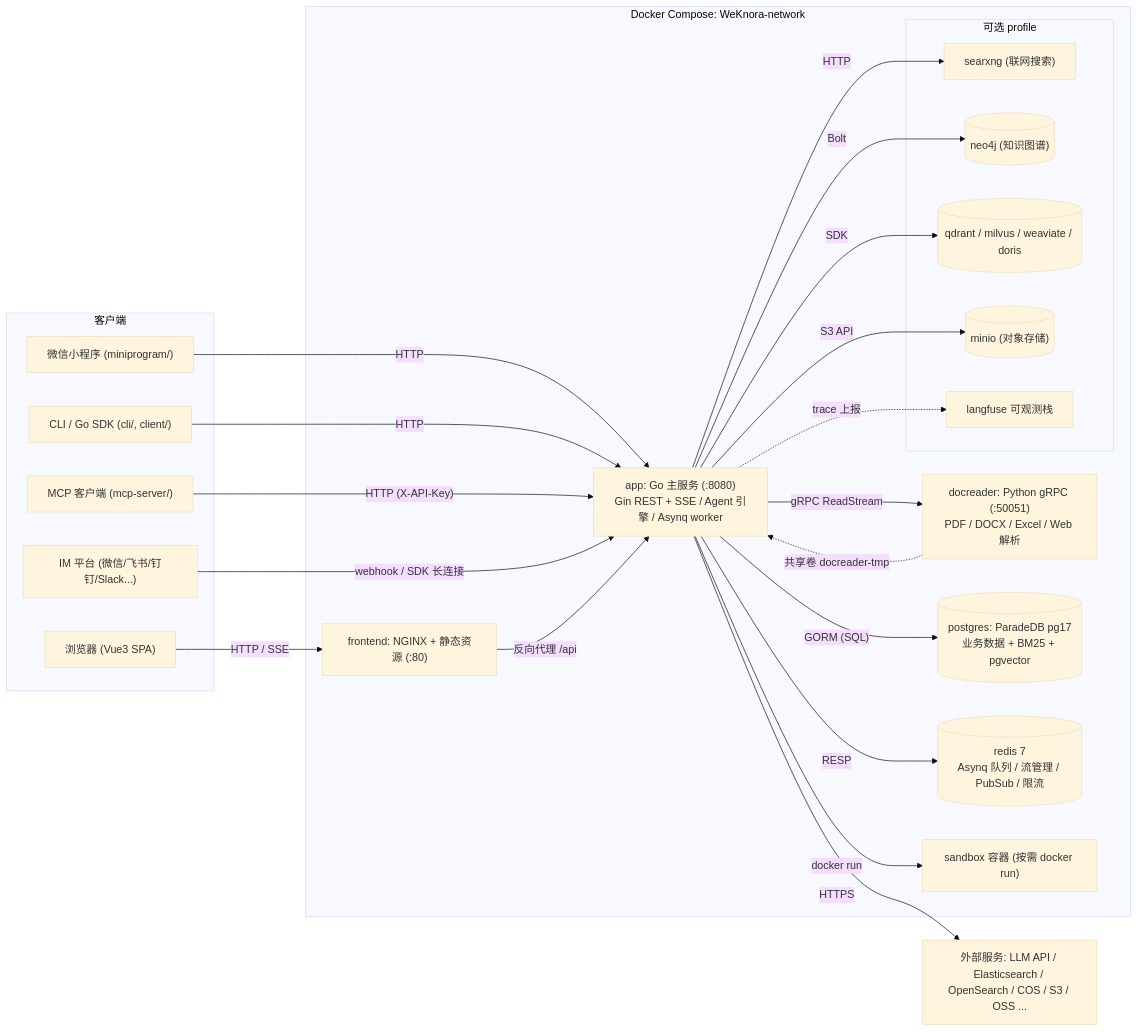
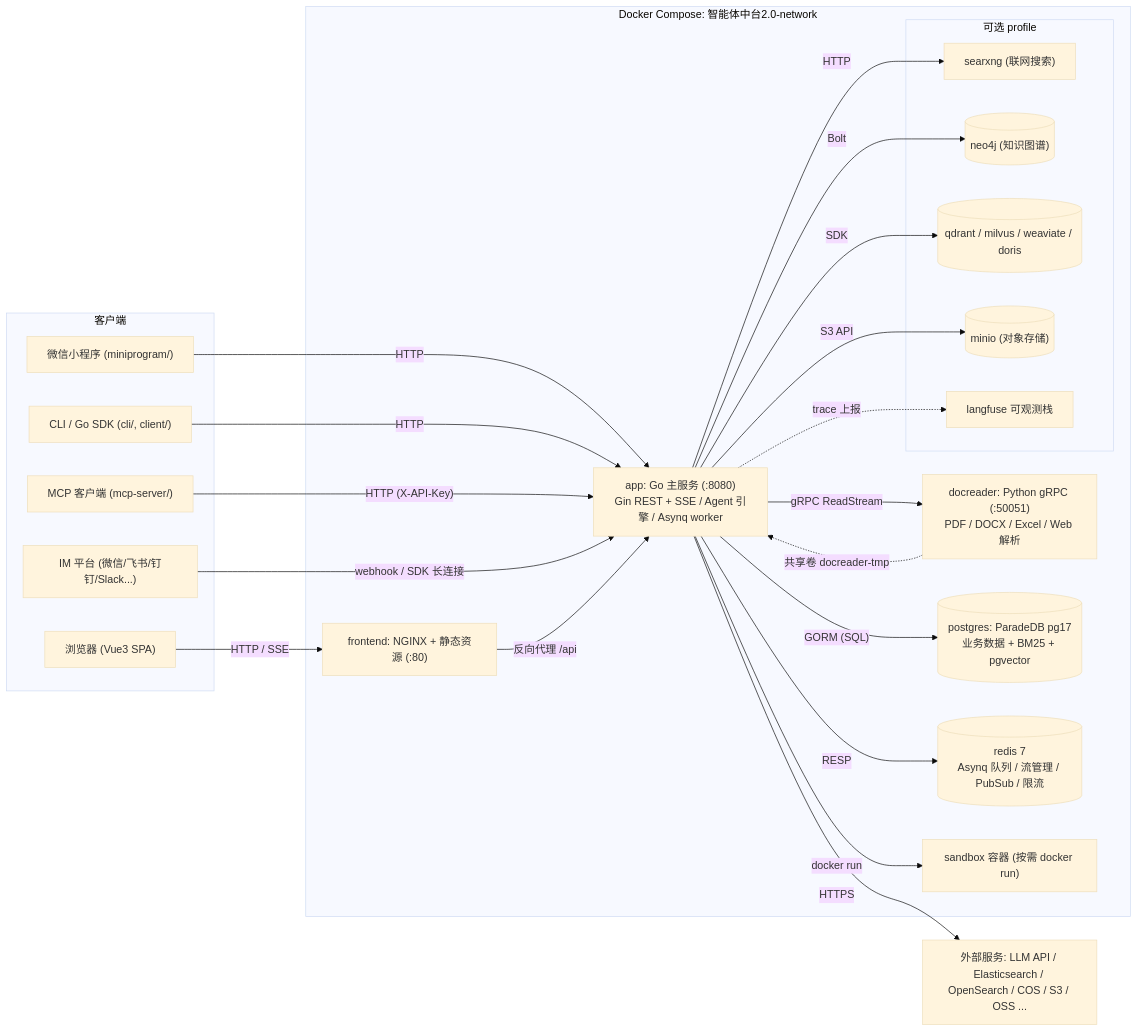
One commit to qinlei131479/WeKnora changed the first of 2 diagrams in apps/docs/02-architecture/01-overview.md. Above: the diagram before and after it, drawn with Mermaid (base theme). The commit also changed other lines of this file and 47 other files, not shown here.

````diff
--- a/apps/docs/02-architecture/01-overview.md
+++ b/apps/docs/02-architecture/01-overview.md
@@ -89,46 +89,46 @@
 ```mermaid
 graph LR
     subgraph Clients["客户端"]
         Browser["浏览器 (Vue3 SPA)"]
         Mini["微信小程序 (miniprogram/)"]
         CLI["CLI / Go SDK (cli/, client/)"]
         MCPC["MCP 客户端 (mcp-server/)"]
         IM["IM 平台 (微信/飞书/钉钉/Slack...)"]
     end
 
-    subgraph Compose["Docker Compose: WeKnora-network"]
+    subgraph Compose["Docker Compose: 智能体中台2.0-network"]
         FE["frontend: NGINX + 静态资源 (:80)"]
         APP["app: Go 主服务 (:8080)<br/>Gin REST + SSE / Agent 引擎 / Asynq worker"]
         DR["docreader: Python gRPC (:50051)<br/>PDF / DOCX / Excel / Web 解析"]
         PG[("postgres: ParadeDB pg17<br/>业务数据 + BM25 + pgvector")]
         RD[("redis 7<br/>Asynq 队列 / 流管理 / PubSub / 限流")]
         SBX["sandbox 容器 (按需 docker run)"]
         subgraph Optional["可选 profile"]
             SX["searxng (联网搜索)"]
             NEO[("neo4j (知识图谱)")]
             VDB[("qdrant / milvus / weaviate / doris")]
             MINIO[("minio (对象存储)")]
             LF["langfuse 可观测栈"]
         end
     end
 
     EXT["外部服务: LLM API / Elasticsearch / OpenSearch / COS / S3 / OSS ..."]
 
     Browser -->|"HTTP / SSE"| FE
     Mini -->|"HTTP"| APP
     CLI -->|"HTTP"| APP
     MCPC -->|"HTTP (X-API-Key)"| APP
     IM -->|"webhook / SDK 长连接"| APP
     FE -->|"反向代理 /api"| APP
     APP -->|"gRPC ReadStream"| DR
     APP -->|"GORM (SQL)"| PG
     APP -->|"RESP"| RD
     APP -->|"docker run"| SBX
     APP -->|"HTTP"| SX
     APP -->|"Bolt"| NEO
     APP -->|"SDK"| VDB
     APP -->|"S3 API"| MINIO
     APP -->|"HTTPS"| EXT
     APP -.->|"trace 上报"| LF
     DR -.->|"共享卷 docreader-tmp"| APP
 ```
````
